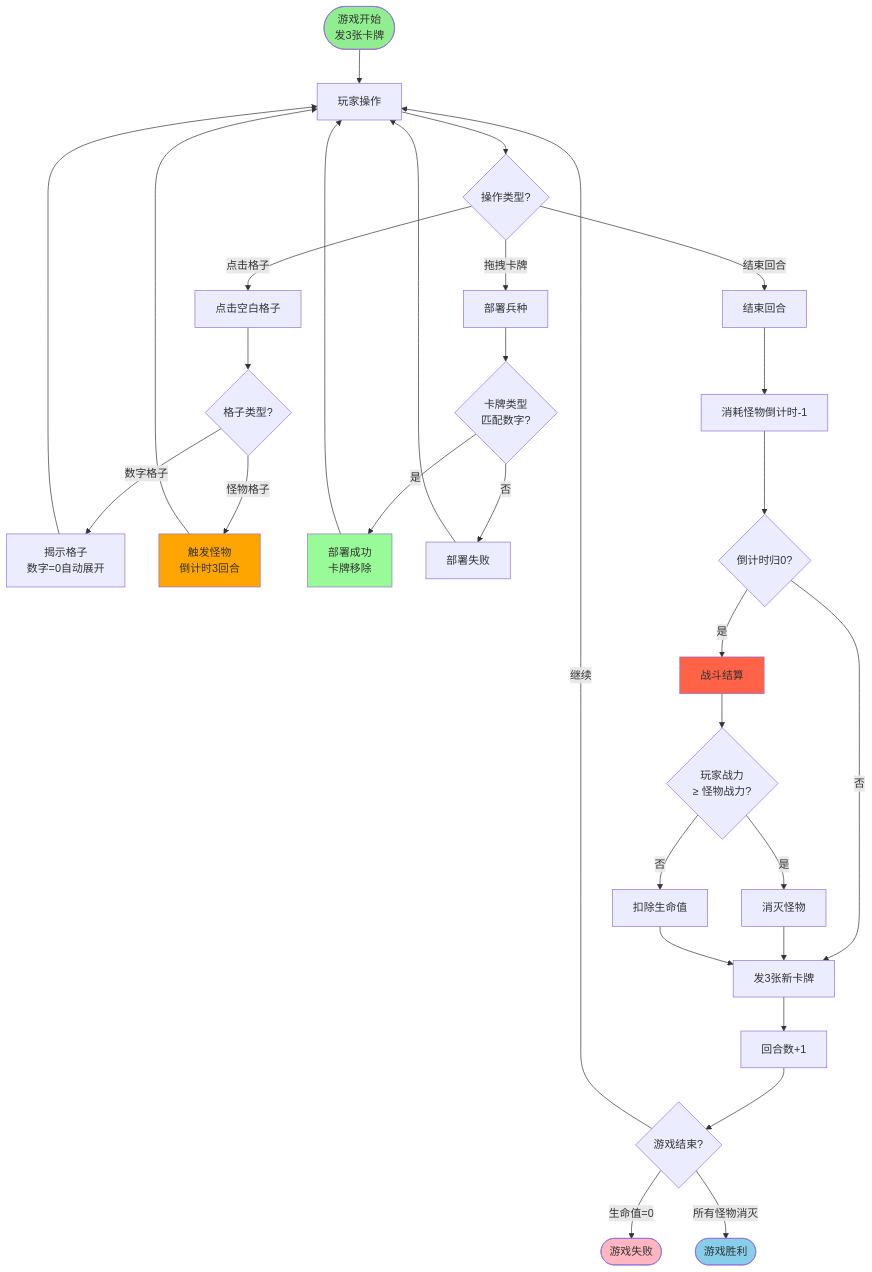
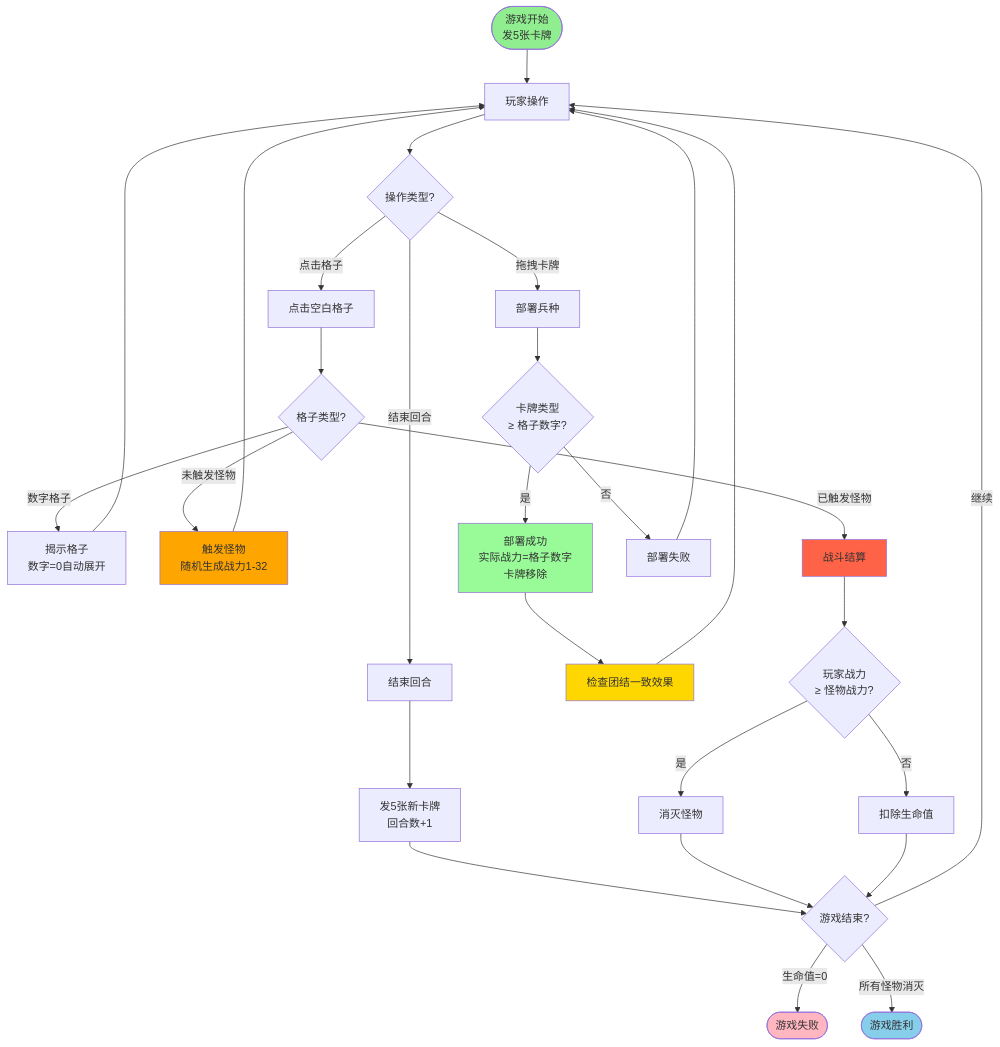
The diagram in doc/游戏规则书.md (JourneyHans/MinefieldBattle), drawn with Mermaid before and after one commit. The commit also changed other lines of this file and 2 other files, not shown here.

````diff
--- a/doc/游戏规则书.md
+++ b/doc/游戏规则书.md
@@ -191,52 +209,49 @@
 ```mermaid
 flowchart TD
-    Start([游戏开始<br/>发3张卡牌]) --> PlayerAction[玩家操作]
+    Start([游戏开始<br/>发5张卡牌]) --> PlayerAction[玩家操作]
     
     PlayerAction --> ActionType{操作类型?}
     
     ActionType -->|点击格子| Click[点击空白格子]
     ActionType -->|拖拽卡牌| Deploy[部署兵种]
     ActionType -->|结束回合| EndTurn[结束回合]
     
     Click --> Check{格子类型?}
     
     Check -->|数字格子| Reveal[揭示格子<br/>数字=0自动展开]
-    Check -->|怪物格子| Trigger[触发怪物<br/>倒计时3回合]
+    Check -->|未触发怪物| Trigger[触发怪物<br/>随机生成战力1-32]
+    Check -->|已触发怪物| Battle[战斗结算]
     
     Reveal --> PlayerAction
     Trigger --> PlayerAction
     
-    Deploy --> CheckMatch{卡牌类型<br/>匹配数字?}
-    CheckMatch -->|是| DeploySuccess[部署成功<br/>卡牌移除]
+    Deploy --> CheckMatch{卡牌类型<br/>≥ 格子数字?}
+    CheckMatch -->|是| DeploySuccess[部署成功<br/>实际战力=格子数字<br/>卡牌移除]
     CheckMatch -->|否| DeployFail[部署失败]
     
-    DeploySuccess --> PlayerAction
+    DeploySuccess --> UnityCheck[检查团结一致效果]
+    UnityCheck --> PlayerAction
     DeployFail --> PlayerAction
     
-    EndTurn --> ConsumeCountdown[消耗怪物倒计时-1]
-    ConsumeCountdown --> CheckCountdown{倒计时归0?}
-    
-    CheckCountdown -->|是| Battle[战斗结算]
-    CheckCountdown -->|否| DealCards[发3张新卡牌]
+    EndTurn --> DealCards[发5张新卡牌<br/>回合数+1]
+    DealCards --> CheckGameOver{游戏结束?}
     
     Battle --> Compare{玩家战力<br/>≥ 怪物战力?}
     Compare -->|是| Win[消灭怪物]
     Compare -->|否| Lose[扣除生命值]
     
-    Win --> DealCards
-    Lose --> DealCards
-    
-    DealCards --> TurnPlus[回合数+1]
-    TurnPlus --> CheckGameOver{游戏结束?}
+    Win --> CheckGameOver
+    Lose --> CheckGameOver
     
     CheckGameOver -->|生命值=0| Fail([游戏失败])
     CheckGameOver -->|所有怪物消灭| Victory([游戏胜利])
     CheckGameOver -->|继续| PlayerAction
     
     style Start fill:#90EE90
     style Victory fill:#87CEEB
     style Fail fill:#FFB6C1
     style Trigger fill:#FFA500
     style Battle fill:#FF6347
     style DeploySuccess fill:#98FB98
+    style UnityCheck fill:#FFD700
 ```
````
